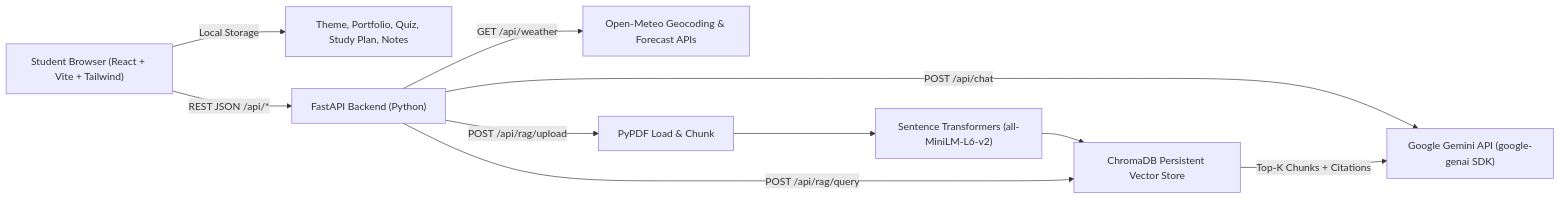
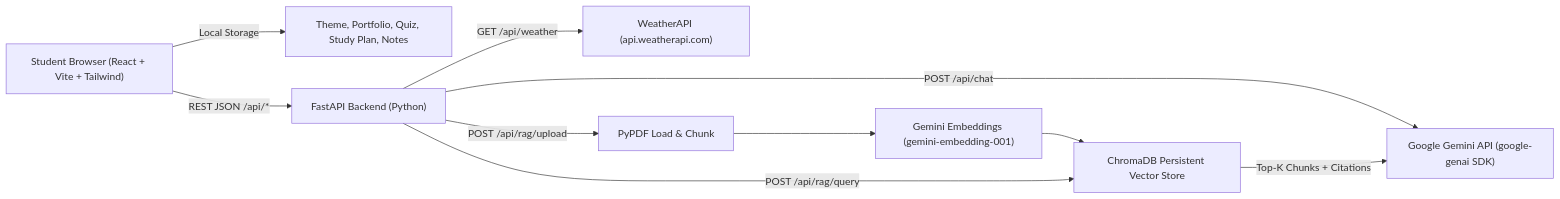
Before and after one commit to shourya0012/CampusX: the diagram in docs/architecture.md, drawn with Mermaid. The commit also changed other lines of this file and 11 other files, not shown here.

Commit message:
Replace Open-Meteo with WeatherAPI across CampusX backend and frontend

````diff
--- a/docs/architecture.md
+++ b/docs/architecture.md
@@ -7,12 +7,12 @@
 ```mermaid
 flowchart LR
     User["Student Browser (React + Vite + Tailwind)"] -->|Local Storage| Local["Theme, Portfolio, Quiz, Study Plan, Notes"]
     User -->|"REST JSON /api/*"| FastAPI["FastAPI Backend (Python)"]
-    FastAPI -->|GET /api/weather| OM["Open-Meteo Geocoding & Forecast APIs"]
+    FastAPI -->|GET /api/weather| WA["WeatherAPI (api.weatherapi.com)"]
     FastAPI -->|POST /api/chat| GEM["Google Gemini API (google-genai SDK)"]
     FastAPI -->|POST /api/rag/upload| LoadChunk["PyPDF Load & Chunk"]
-    LoadChunk --> Embed["Sentence Transformers (all-MiniLM-L6-v2)"]
+    LoadChunk --> Embed["Gemini Embeddings (gemini-embedding-001)"]
     Embed --> Chroma["ChromaDB Persistent Vector Store"]
     FastAPI -->|POST /api/rag/query| Chroma
     Chroma -->|Top-K Chunks + Citations| GEM
 ```
````
